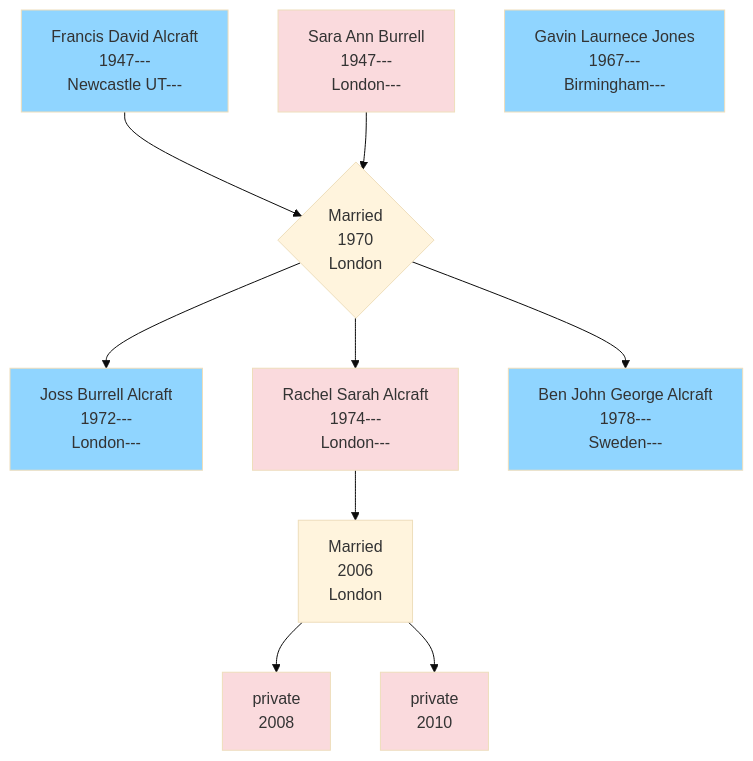
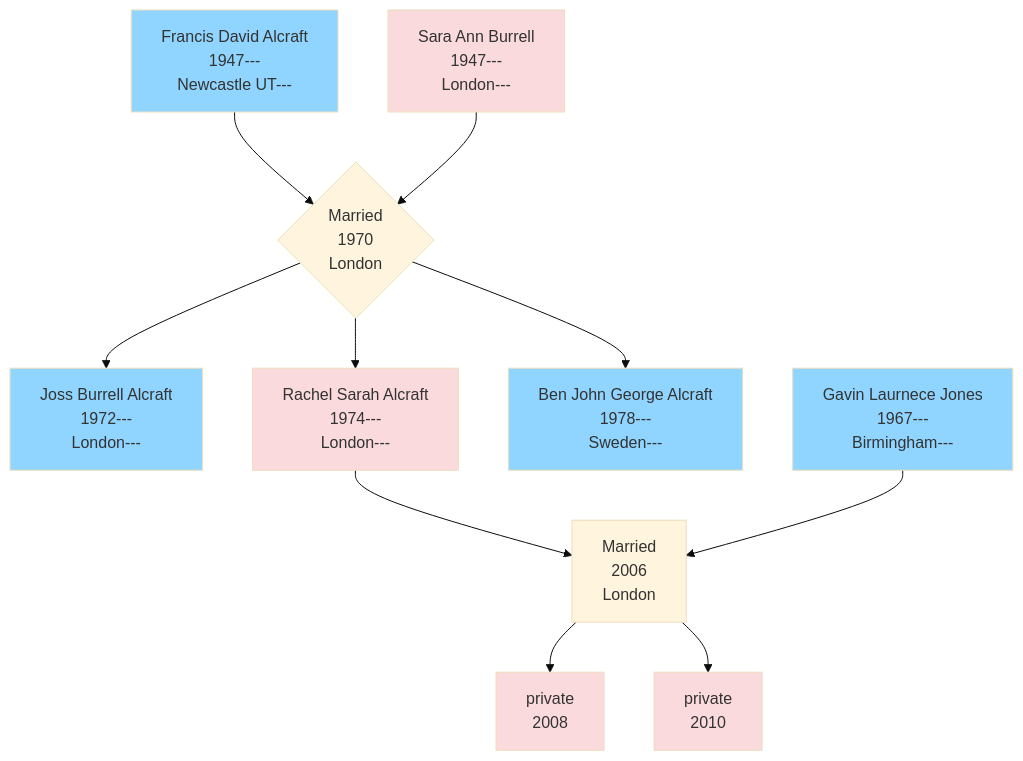
One commit to RachelAlcraft/family-tree changed the diagram in docs/alcraft_1974_rachel.md. Above: the diagram before and after it, drawn with Mermaid (base theme).

````diff
--- a/docs/alcraft_1974_rachel.md
+++ b/docs/alcraft_1974_rachel.md
@@ -2,32 +2,33 @@
 ``` mermaid
 flowchart TD  
 FDA[Francis David Alcraft\n1947---\nNewcastle UT---];
 SAB[Sara Ann Burrell\n1947---\nLondon---];
 JBA[Joss Burrell Alcraft\n1972---\nLondon---];
 RSA[Rachel Sarah Alcraft\n1974---\nLondon---];
 BJGA[Ben John George Alcraft\n1978---\nSweden---];
 GLJ[Gavin Laurnece Jones\n1967---\nBirmingham---];
 MAAJ[private\n2008];
 VGAJ[private\n2010];
 
 FDA --> FDASAB{Married\n1970\nLondon};
 SAB --> FDASAB;
 FDASAB --> JBA;
 FDASAB --> RSA;
 FDASAB --> BJGA;
 
 RSA --> RSAGLJ[Married\n2006\nLondon];
+GLJ --> RSAGLJ;
 RSAGLJ --> MAAJ;
 RSAGLJ --> VGAJ;
 
 style FDA fill:#90d5ff;
 style SAB fill:#FADADD;
 style JBA fill:#90d5ff;
 style RSA fill:#FADADD;
 style BJGA fill:#90d5ff;
 style GLJ fill:#90d5ff;
 style MAAJ fill:#FADADD;
 style VGAJ fill:#FADADD;
 
 click FDA "https://www.thenorthernecho.co.uk/history/8857492.dukes-piper/" "WA";
 ```
````
